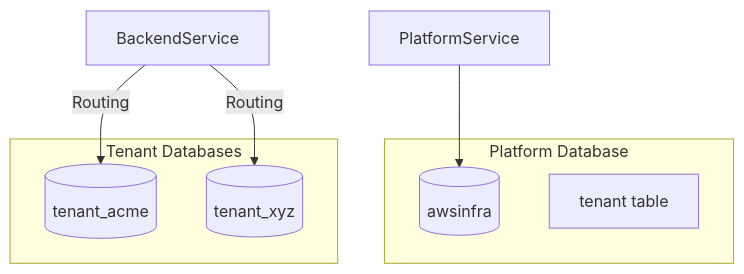
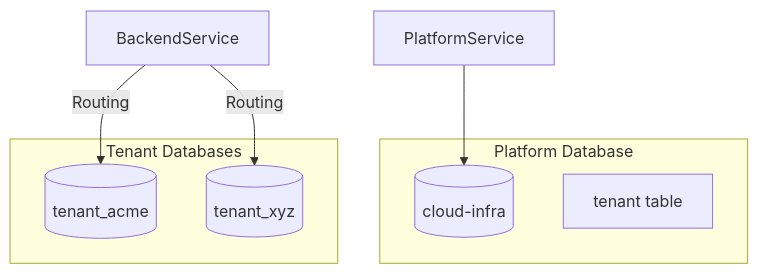
One commit to pawanraocse/aws-infra changed the diagram in docs/MULTI_TENANCY.md. Above: the diagram before and after it, drawn with Mermaid. The commit also changed other lines of this file and 40 other files, not shown here.

Commit message:
Update configuration and database references: change datasource URLs from 'awsinfra' to 'cloud-infra', update Docker Compose network names, and modify related scripts for consistency

````diff
--- a/docs/MULTI_TENANCY.md
+++ b/docs/MULTI_TENANCY.md
@@ -23,16 +23,16 @@
 ```mermaid
 graph TB
     subgraph "Platform Database"
-        PDB[(awsinfra)]
+        PDB[(cloud-infra)]
         TTable[tenant table]
     end
 
     subgraph "Tenant Databases"
         T1[(tenant_acme)]
         T2[(tenant_xyz)]
     end
 
     PlatformService --> PDB
     BackendService --Routing--> T1
     BackendService --Routing--> T2
 ```
````
